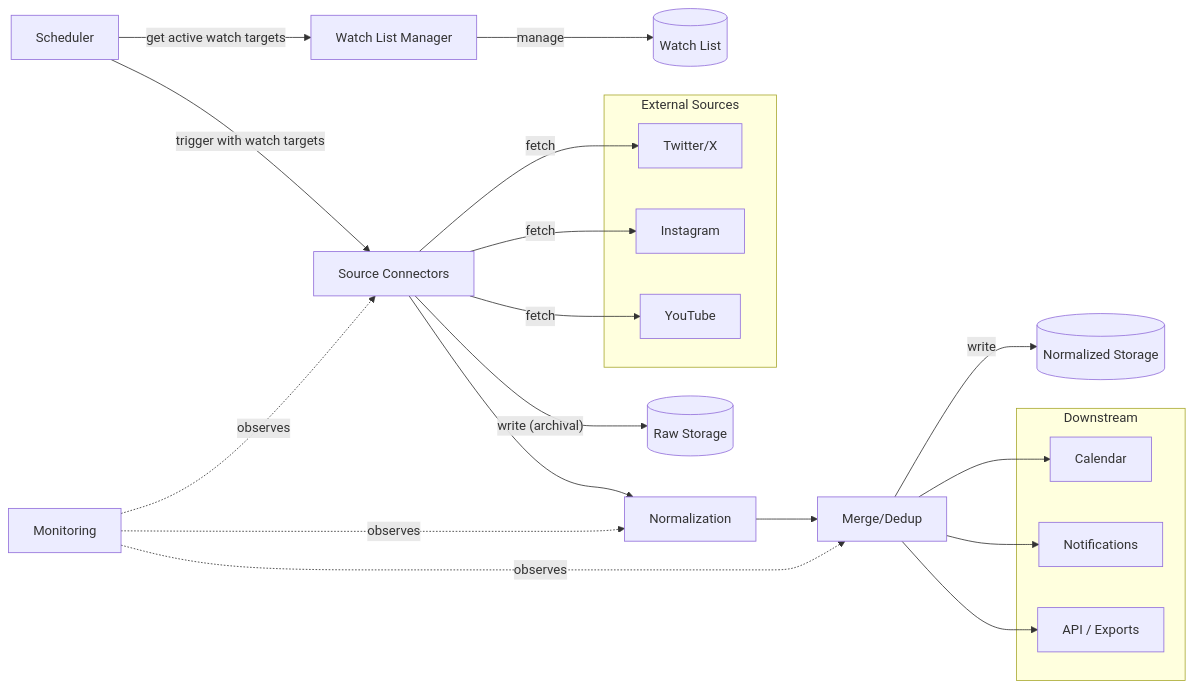
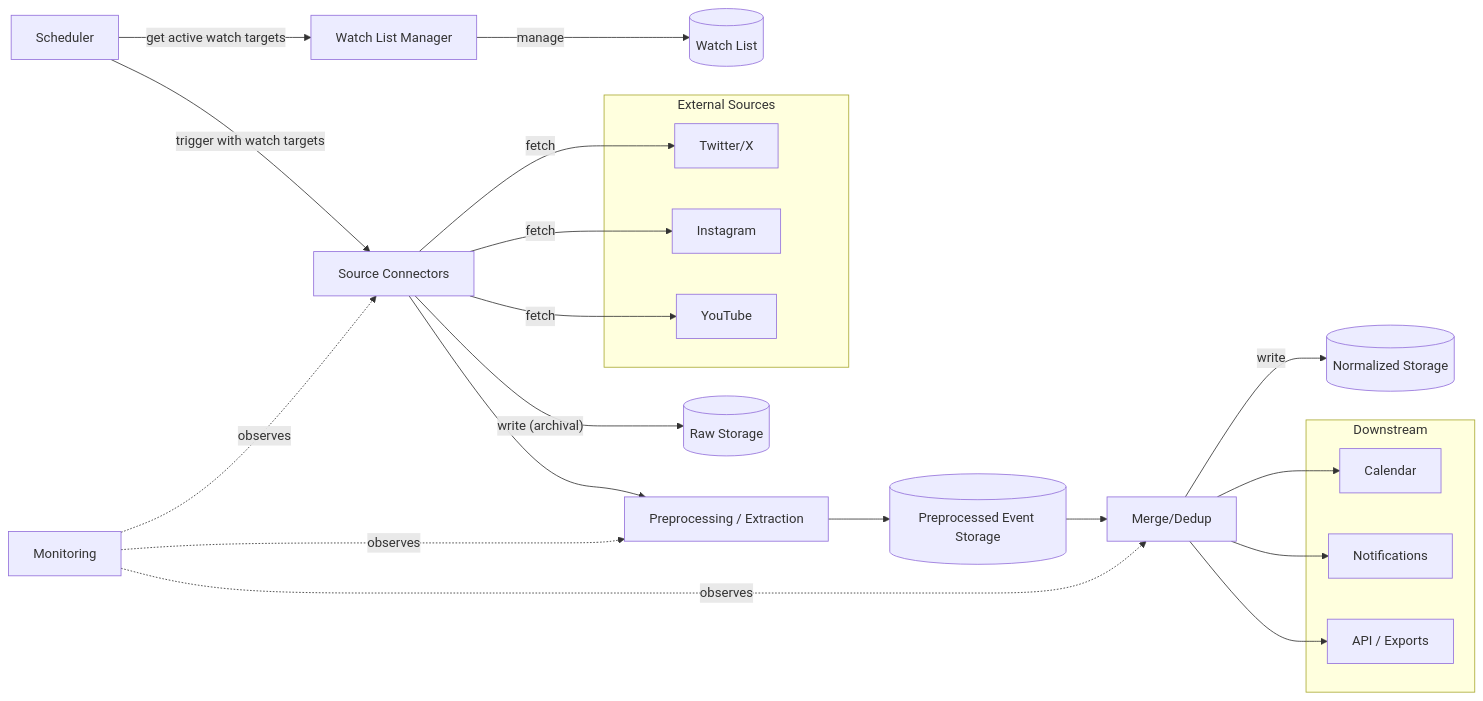
Before and after one commit to d4n1elchen/oshikatsu: the diagram in ARCHITECTURE.md, drawn with Mermaid. The commit also changed other lines of this file and 8 other files, not shown here.

Commit message:
refactor: rename normalization terminology to preprocessing to clarify distinction between raw data extraction and future event deduplication

````diff
--- a/ARCHITECTURE.md
+++ b/ARCHITECTURE.md
@@ -9,39 +9,40 @@
 ```mermaid
 flowchart LR
     subgraph Sources["External Sources"]
         TW["Twitter/X"]
         IG["Instagram"]
         YT["YouTube"]
     end
 
     WLM["Watch List Manager"]
     SCHED["Scheduler"]
 
     SC["Source Connectors"]
-    NE["Normalization"]
+    PE["Preprocessing / Extraction"]
     MD["Merge/Dedup"]
 
     WL[("Watch List")]
     RAW[("Raw Storage")]
+    PRE[("Preprocessed Event Storage")]
     NORM[("Normalized Storage")]
 
     subgraph Downstream
         CAL["Calendar"]
         NOTIF["Notifications"]
         API["API / Exports"]
     end
 
     MON["Monitoring"]
 
     WLM -- "manage" --> WL
     SCHED -- "get active watch targets" --> WLM
     SCHED -- "trigger with watch targets" --> SC
     SC -- "fetch" --> TW & IG & YT
 
     SC -- "write (archival)" --> RAW
-    SC --> NE --> MD
+    SC --> PE --> PRE --> MD
     MD -- "write" --> NORM
     MD --> CAL & NOTIF & API
 
-    MON -. "observes" .-> SC & NE & MD
+    MON -. "observes" .-> SC & PE & MD
 ```
````
